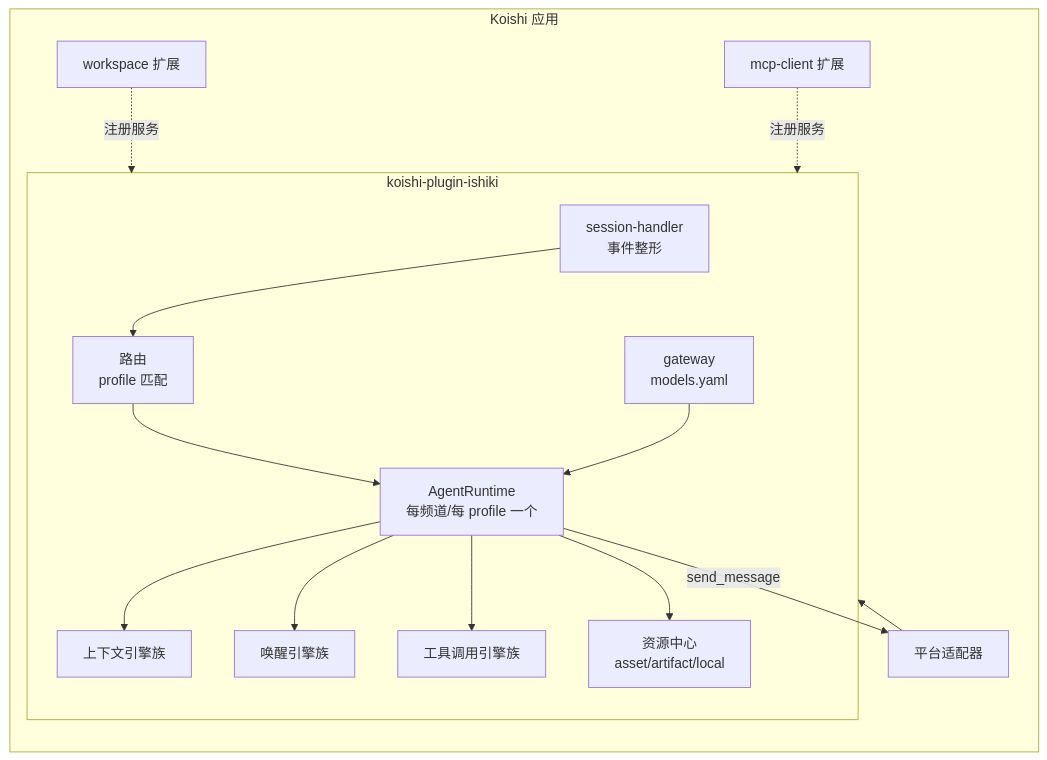
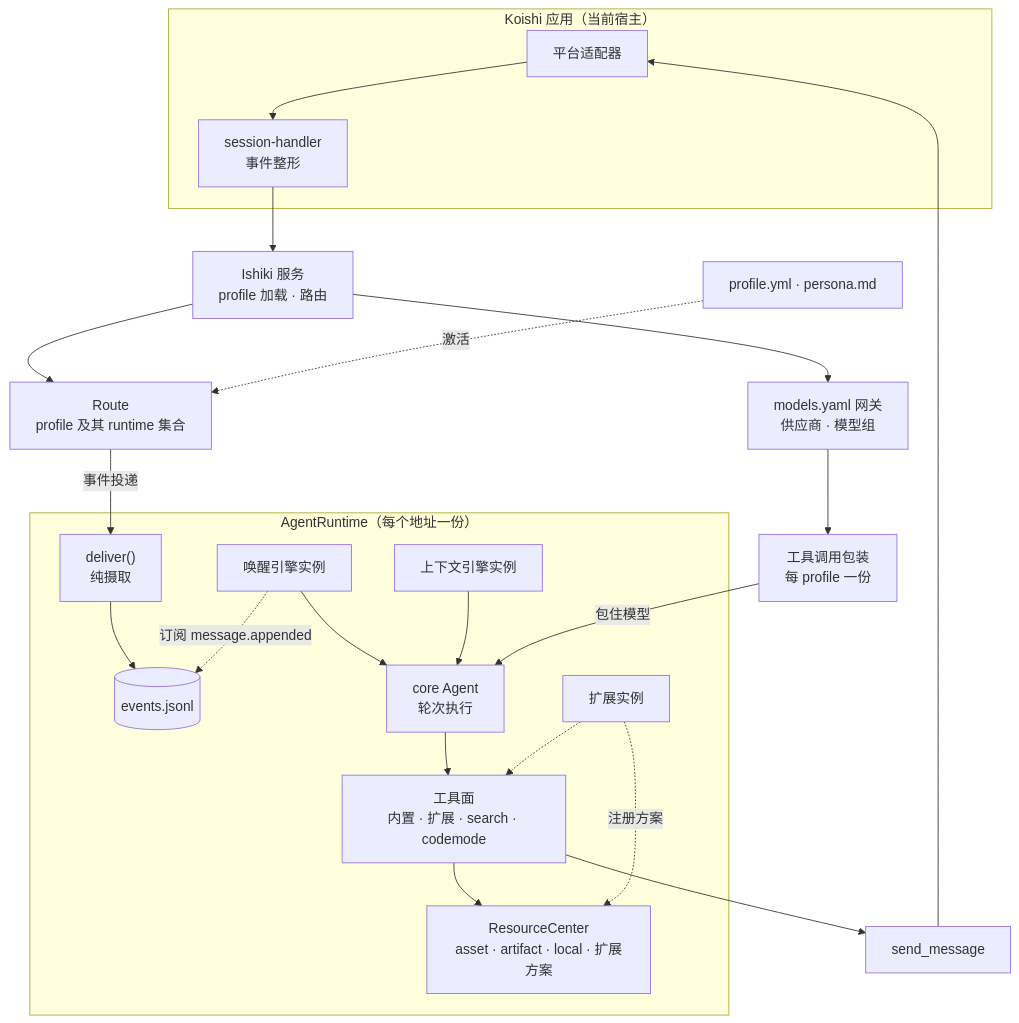
Before and after one commit to YesWeAreBot/ishiki: the diagram in docs/content/docs/explanations/architecture.mdx, drawn with Mermaid. The commit also changed other lines of this file and 21 other files, not shown here.

First line of the commit message:
docs(docs): repositioned Ishiki as an agent meta-framework

````diff
--- a/docs/content/docs/explanations/architecture.mdx
+++ b/docs/content/docs/explanations/architecture.mdx
@@ -39,18 +91,29 @@
 ```mermaid
-flowchart LR
-    subgraph Koishi["Koishi 应用"]
-        AD[平台适配器] --> ISH
-        subgraph ISH["koishi-plugin-ishiki"]
-            SH[session-handler<br/>事件整形] --> ROUTE[路由<br/>profile 匹配]
-            ROUTE --> RT[AgentRuntime<br/>每频道/每 profile 一个]
-            GATE[gateway<br/>models.yaml] --> RT
-            RT --> CTX[上下文引擎族]
-            RT --> WK[唤醒引擎族]
-            RT --> TC[工具调用引擎族]
-            RT --> RES[资源中心<br/>asset/artifact/local]
-        end
-        EXT1[workspace 扩展] -.注册服务.-> ISH
-        EXT2[mcp-client 扩展] -.注册服务.-> ISH
+flowchart TB
+    subgraph HOST["Koishi 应用（当前宿主）"]
+        ADAPTER["平台适配器"] --> HANDLER["session-handler<br/>事件整形"]
     end
-    RT -->|send_message| AD
+
+    HANDLER --> ISHIKI["Ishiki 服务<br/>profile 加载 · 路由"]
+    ISHIKI --> GATEWAY["models.yaml 网关<br/>供应商 · 模型组"]
+    ISHIKI --> ROUTE["Route<br/>profile 及其 runtime 集合"]
+    PROFILE["profile.yml · persona.md"] -.->|"激活"| ROUTE
+
+    GATEWAY --> WRAP["工具调用包装<br/>每 profile 一份"]
+    ROUTE -->|"事件投递"| DELIVER
+
+    subgraph RUNTIME["AgentRuntime（每个地址一份）"]
+        DELIVER["deliver()<br/>纯摄取"] --> FACT[("events.jsonl")]
+        WAKE["唤醒引擎实例"] -.->|"订阅 message.appended"| FACT
+        WAKE --> AGENT["core Agent<br/>轮次执行"]
+        CTX["上下文引擎实例"] --> AGENT
+        AGENT --> TOOLS["工具面<br/>内置 · 扩展 · search · codemode"]
+        TOOLS --> CENTER["ResourceCenter<br/>asset · artifact · local · 扩展方案"]
+        EXT["扩展实例"] -.-> TOOLS
+        EXT -.->|"注册方案"| CENTER
+    end
+
+    WRAP -->|"包住模型"| AGENT
+    TOOLS --> SEND["send_message"]
+    SEND --> ADAPTER
 ```
````
